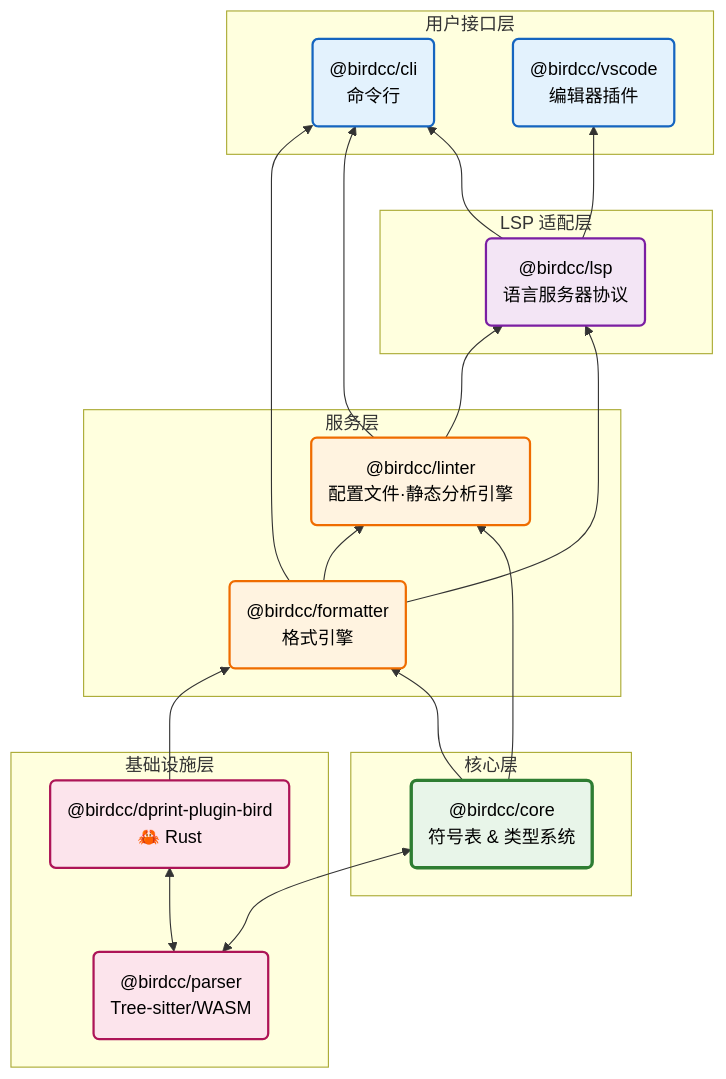
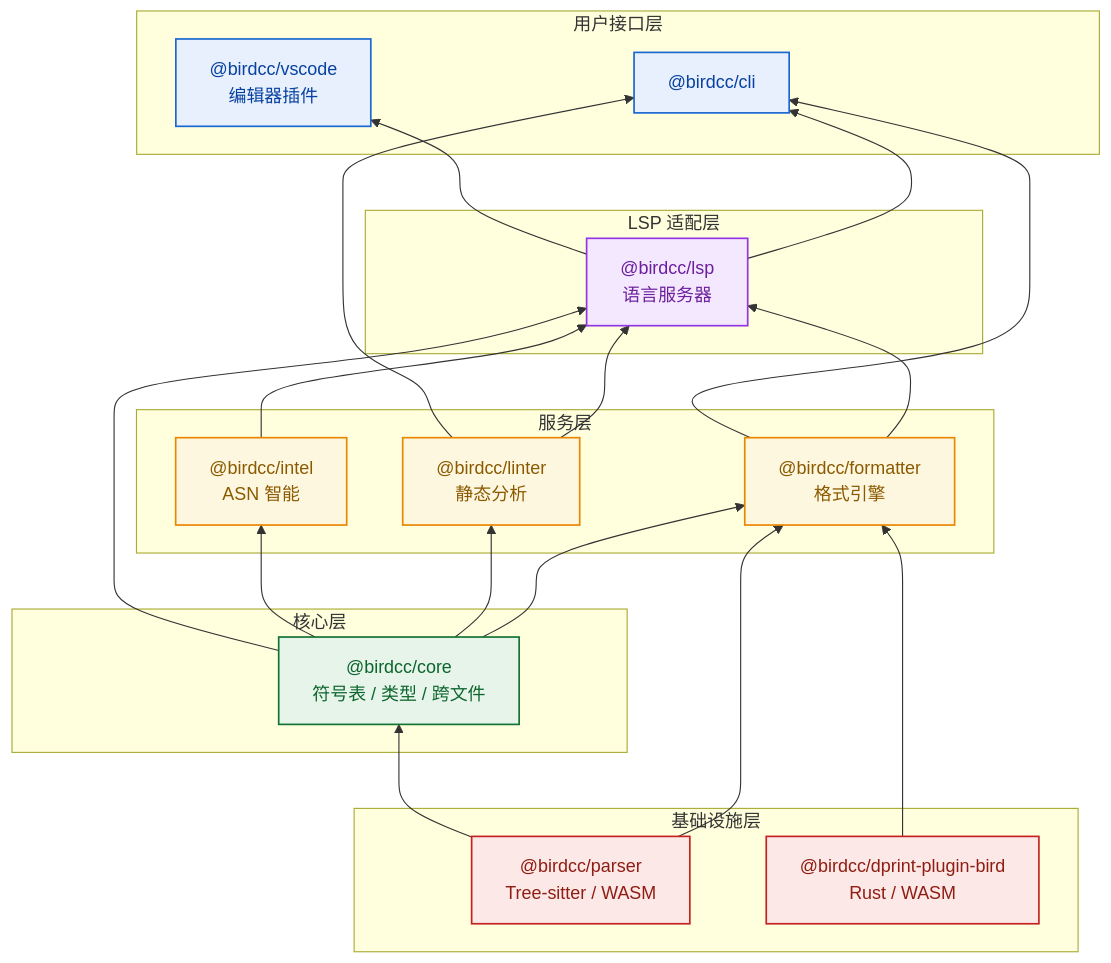
One commit to bird-chinese-community/BIRD-LSP changed the second of 2 diagrams in README.zh.md. Above: the diagram before and after it, drawn with Mermaid. The commit also changed other lines of this file and 5 other files, not shown here.

Commit message:
docs(mermaid): Unify diagram palette and split by layer

````diff
--- a/README.zh.md
+++ b/README.zh.md
@@ -159,59 +155,53 @@
 ```mermaid
 flowchart BT
-    classDef infra fill:#fce4ec,stroke:#ad1457,stroke-width:2px,color:#000
-    classDef core fill:#e8f5e9,stroke:#2e7d32,stroke-width:3px,color:#000
-    classDef service fill:#fff3e0,stroke:#ef6c00,stroke-width:2px,color:#000
-    classDef lsp fill:#f3e5f5,stroke:#7b1fa2,stroke-width:2px,color:#000
-    classDef user fill:#e3f2fd,stroke:#1565c0,stroke-width:2px,color:#000
+    classDef infra fill:#fce8e6,stroke:#c5221f,stroke-width:1.5px,color:#8f1d14
+    classDef core fill:#e6f4ea,stroke:#137333,stroke-width:1.5px,color:#0d652d
+    classDef service fill:#fef7e0,stroke:#ea8600,stroke-width:1.5px,color:#8a5a00
+    classDef adapter fill:#f3e8fd,stroke:#9334e6,stroke-width:1.5px,color:#6c1f9e
+    classDef ui fill:#e8f0fe,stroke:#1967d2,stroke-width:1.5px,color:#0842a0
 
-    subgraph Infrastructure [基础设施层]
-        PARSER("@birdcc/parser<br/>Tree-sitter/WASM")
-        DPRINT("@birdcc/dprint-plugin-bird<br/>🦀 Rust")
+    subgraph infra [基础设施层]
+        PARSER["@birdcc/parser<br/>Tree-sitter / WASM"]
+        DPRINT["@birdcc/dprint-plugin-bird<br/>Rust / WASM"]
     end
 
-    subgraph CoreLayer [核心层]
-        CORE("@birdcc/core<br/>符号表 & 类型系统")
+    subgraph core [核心层]
+        CORE["@birdcc/core<br/>符号表 / 类型 / 跨文件"]
     end
 
-    subgraph ServiceLayer [服务层]
-        FORMATTER("@birdcc/formatter<br/>格式引擎")
-        LINTER("@birdcc/linter<br/>配置文件·静态分析引擎")
+    subgraph service [服务层]
+        LINTER["@birdcc/linter<br/>静态分析"]
+        FORMATTER["@birdcc/formatter<br/>格式引擎"]
+        INTEL["@birdcc/intel<br/>ASN 智能"]
     end
 
-    subgraph LspLayer [LSP 适配层]
-        LSP_SERVER("@birdcc/lsp<br/>语言服务器协议")
+    subgraph adapter [LSP 适配层]
+        LSP_SERVER["@birdcc/lsp<br/>语言服务器"]
     end
 
-    subgraph UserLayer [用户接口层]
-        CLI("@birdcc/cli<br/>命令行")
-        VSCODE("@birdcc/vscode<br/>编辑器插件")
+    subgraph ui [用户接口层]
+        CLI["@birdcc/cli"]
+        VSCODE["@birdcc/vscode<br/>编辑器插件"]
     end
 
-
-    %% 基础设施支撑 Formatter（Dprint 是底层引擎）
-    PARSER <--> DPRINT
-    PARSER <--> CORE
-
+    DPRINT --> FORMATTER
+    PARSER --> FORMATTER
+    PARSER --> CORE
     CORE --> FORMATTER
-    DPRINT --> FORMATTER
-
-    %% Core 和 Formatter 支撑 Linter
     CORE --> LINTER
-    FORMATTER --> LINTER
-
-    %% 所有服务支撑 LSP
+    CORE --> INTEL
+    CORE --> LSP_SERVER
+    LINTER --> LSP_SERVER
     FORMATTER --> LSP_SERVER
-    LINTER --> LSP_SERVER
-
-    %% LSP 和独立服务支撑用户端
+    INTEL --> LSP_SERVER
     LSP_SERVER --> CLI
     LSP_SERVER --> VSCODE
     LINTER --> CLI
     FORMATTER --> CLI
 
     class PARSER,DPRINT infra
     class CORE core
-    class FORMATTER,LINTER service
-    class LSP_SERVER lsp
-    class CLI,VSCODE user
+    class LINTER,FORMATTER,INTEL service
+    class LSP_SERVER adapter
+    class CLI,VSCODE ui
 ```
````
